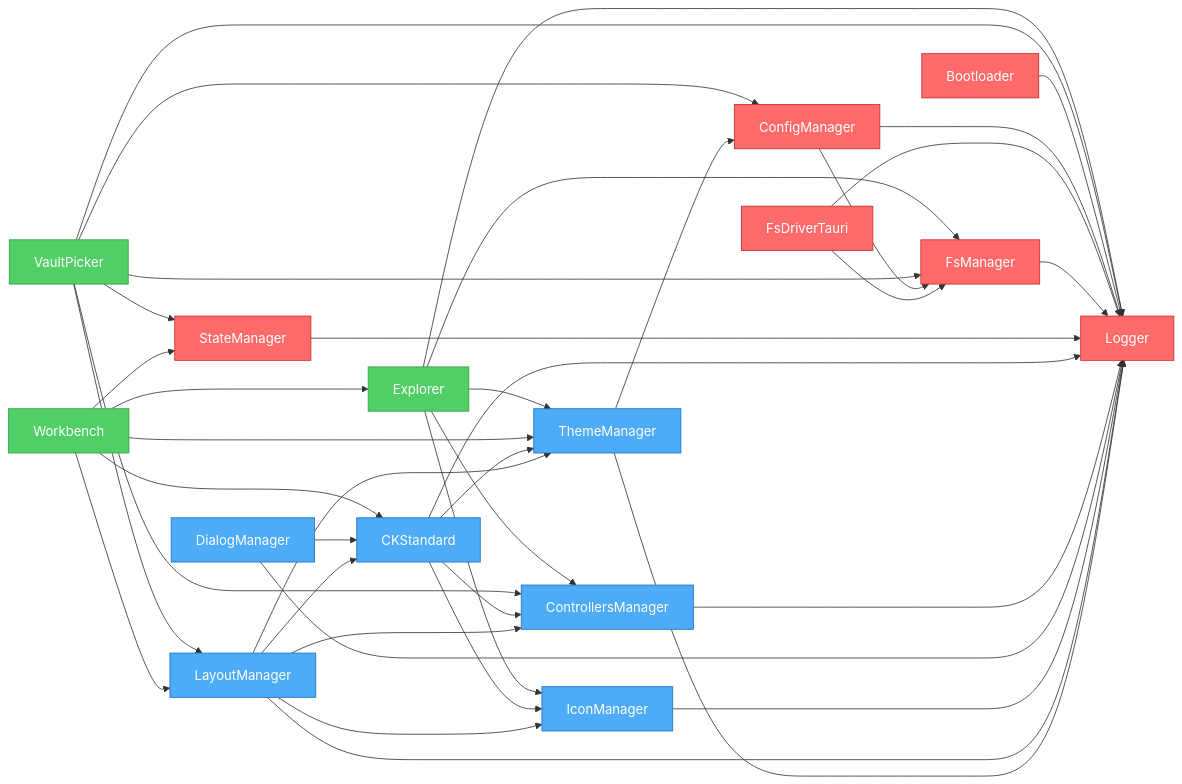
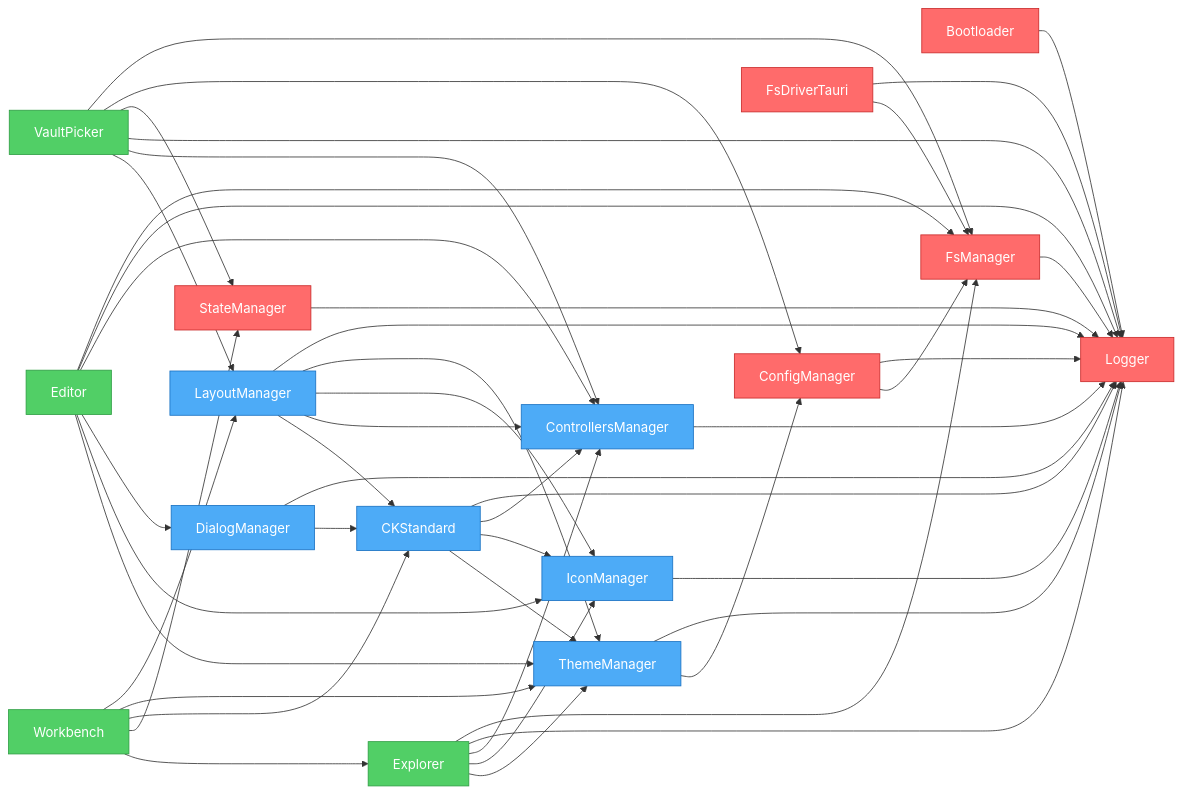
Before and after one commit to khton-tech/notehub.md: the diagram in artifacts/graph.mmd, drawn with Mermaid. The commit also changed 17 other files, not shown here.

Commit message:
feat: Add editor and explorer plugins, along with a generated plugin dependency graph.

```diff
--- a/artifacts/graph.mmd
+++ b/artifacts/graph.mmd
@@ -1,63 +1,70 @@
 flowchart LR
+    nh_features_editor["Editor"]
     nh_features_explorer["Explorer"]
     nh_features_vault-picker["VaultPicker"]
     nh_features_workbench["Workbench"]
     nh_system_bootloader["Bootloader"]
     nh_system_config-manager["ConfigManager"]
+    nh_system_fs-manager["FsManager"]
     nh_system_fs-driver-tauri["FsDriverTauri"]
-    nh_system_fs-manager["FsManager"]
     nh_system_logger["Logger"]
     nh_system_state-manager["StateManager"]
     nh_ui_ck-standard["CKStandard"]
     nh_ui_controllers-manager["ControllersManager"]
     nh_ui_dialog-manager["DialogManager"]
     nh_ui_icon-manager["IconManager"]
     nh_ui_layout-manager["LayoutManager"]
     nh_ui_theme-manager["ThemeManager"]
+    nh_features_editor --> nh_system_fs-manager
+    nh_features_editor --> nh_system_logger
+    nh_features_editor --> nh_ui_controllers-manager
+    nh_features_editor --> nh_ui_dialog-manager
+    nh_features_editor --> nh_ui_icon-manager
+    nh_features_editor --> nh_ui_theme-manager
     nh_features_explorer --> nh_system_fs-manager
     nh_features_explorer --> nh_system_logger
     nh_features_explorer --> nh_ui_controllers-manager
     nh_features_explorer --> nh_ui_icon-manager
     nh_features_explorer --> nh_ui_theme-manager
     nh_features_vault-picker --> nh_system_fs-manager
     nh_features_vault-picker --> nh_system_config-manager
     nh_features_vault-picker --> nh_system_state-manager
     nh_features_vault-picker --> nh_system_logger
     nh_features_vault-picker --> nh_ui_controllers-manager
     nh_features_vault-picker --> nh_ui_layout-manager
     nh_features_workbench --> nh_ui_layout-manager
     nh_features_workbench --> nh_ui_theme-manager
     nh_features_workbench --> nh_ui_ck-standard
     nh_features_workbench --> nh_system_state-manager
     nh_features_workbench --> nh_features_explorer
     nh_system_bootloader --> nh_system_logger
     nh_system_config-manager --> nh_system_logger
     nh_system_config-manager --> nh_system_fs-manager
+    nh_system_fs-manager --> nh_system_logger
     nh_system_fs-driver-tauri --> nh_system_logger
     nh_system_fs-driver-tauri --> nh_system_fs-manager
-    nh_system_fs-manager --> nh_system_logger
     nh_system_state-manager --> nh_system_logger
     nh_ui_ck-standard --> nh_system_logger
     nh_ui_ck-standard --> nh_ui_controllers-manager
     nh_ui_ck-standard --> nh_ui_icon-manager
     nh_ui_ck-standard --> nh_ui_theme-manager
     nh_ui_controllers-manager --> nh_system_logger
     nh_ui_dialog-manager --> nh_system_logger
     nh_ui_dialog-manager --> nh_ui_ck-standard
     nh_ui_icon-manager --> nh_system_logger
     nh_ui_layout-manager --> nh_system_logger
     nh_ui_layout-manager --> nh_ui_theme-manager
     nh_ui_layout-manager --> nh_ui_icon-manager
     nh_ui_layout-manager --> nh_ui_controllers-manager
     nh_ui_layout-manager --> nh_ui_ck-standard
     nh_ui_theme-manager --> nh_system_logger
     nh_ui_theme-manager --> nh_system_config-manager
 
     %% Styles
     classDef system fill:#ff6b6b,stroke:#c92a2a,color:#fff
     classDef ui fill:#4dabf7,stroke:#1971c2,color:#fff
     classDef feature fill:#51cf66,stroke:#2f9e44,color:#fff
-    class nh_features_explorer,nh_features_workbench feature
+    class nh_features_editor,nh_features_explorer,nh_features_workbench feature
     class nh_features_vault-picker feature
-    class nh_system_bootloader,nh_system_config-manager,nh_system_fs-driver-tauri,nh_system_fs-manager,nh_system_logger,nh_system_state-manager system
+    class nh_system_bootloader,nh_system_config-manager,nh_system_fs-manager,nh_system_fs-driver-tauri,nh_system_logger,nh_system_state-manager system
     class nh_ui_ck-standard,nh_ui_controllers-manager,nh_ui_dialog-manager,nh_ui_icon-manager,nh_ui_layout-manager,nh_ui_theme-manager ui
```
